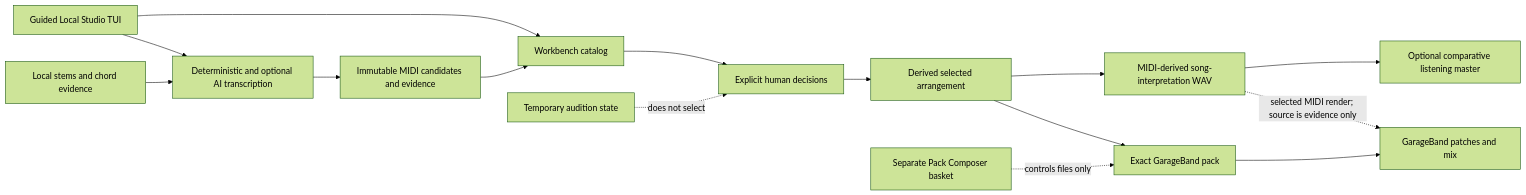
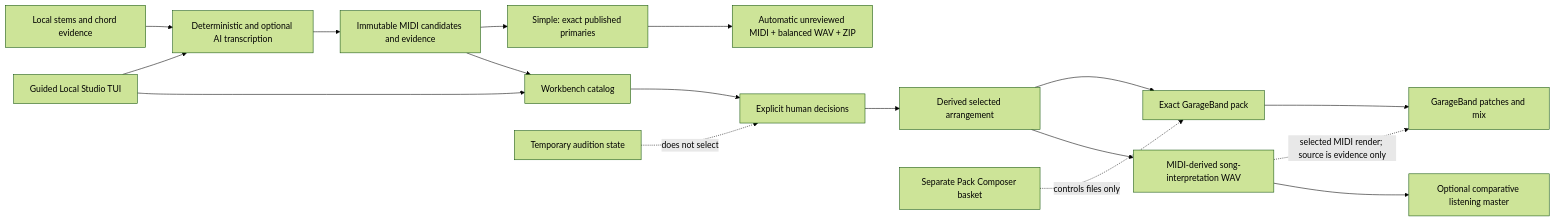
Before and after one commit to N9-Developer-Empowerment/sunofriend: the diagram in docs/TECHNICAL_TOUR.md, drawn with Mermaid (forest theme). The commit also changed other lines of this file and 29 other files, not shown here.

Commit message:
feat: add one-action Simple MIDI and WAV workflow

````diff
--- a/docs/TECHNICAL_TOUR.md
+++ b/docs/TECHNICAL_TOUR.md
@@ -21,18 +23,20 @@
 ```mermaid
 flowchart LR
     A["Local stems and chord evidence"] --> B["Deterministic and optional AI transcription"]
     B --> C["Immutable MIDI candidates and evidence"]
     L["Guided Local Studio TUI"] --> B
+    C --> Q["Simple: exact published primaries"]
+    Q --> R["Automatic unreviewed MIDI + balanced WAV + ZIP"]
     L --> D["Workbench catalog"]
     C --> D
     D --> E["Explicit human decisions"]
     E --> F["Derived selected arrangement"]
     F --> G["Exact GarageBand pack"]
     G --> H["GarageBand patches and mix"]
     F --> K["MIDI-derived song-interpretation WAV"]
     K -. "selected MIDI render; source is evidence only" .-> H
     K --> M["Optional comparative listening master"]
 
     I["Temporary audition state"] -. "does not select" .-> E
     J["Separate Pack Composer basket"] -. "controls files only" .-> G
 ```
````
